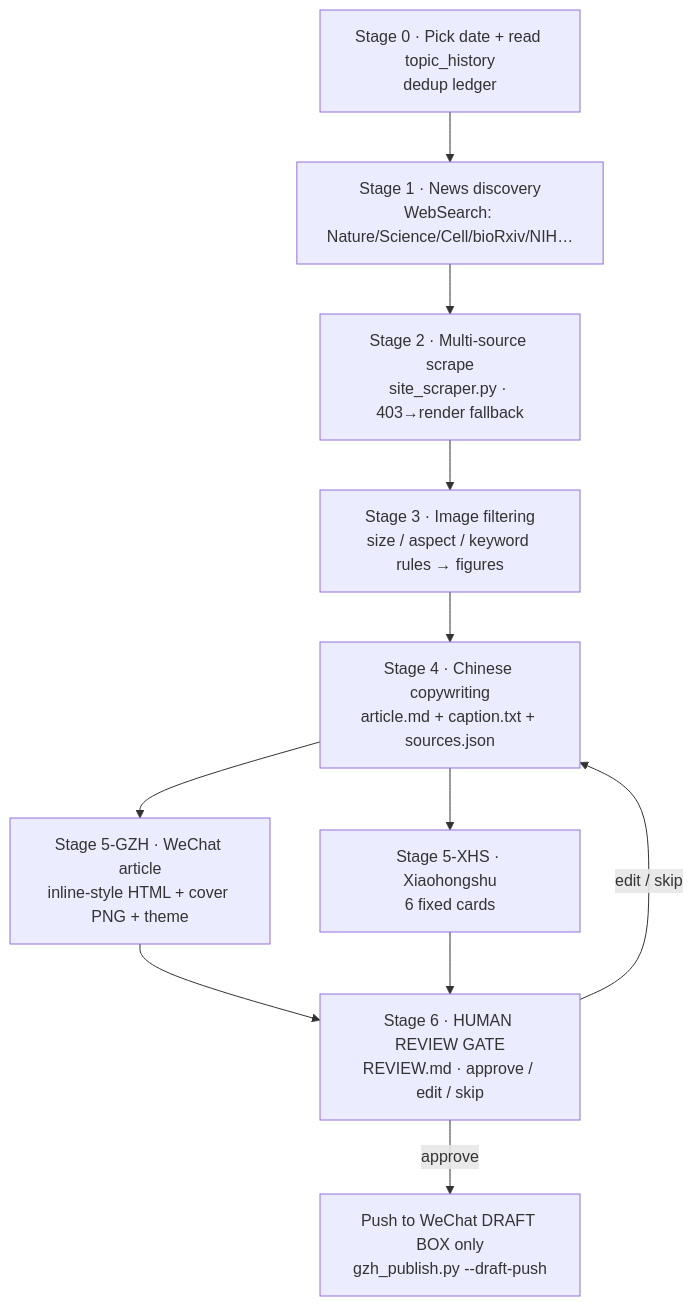
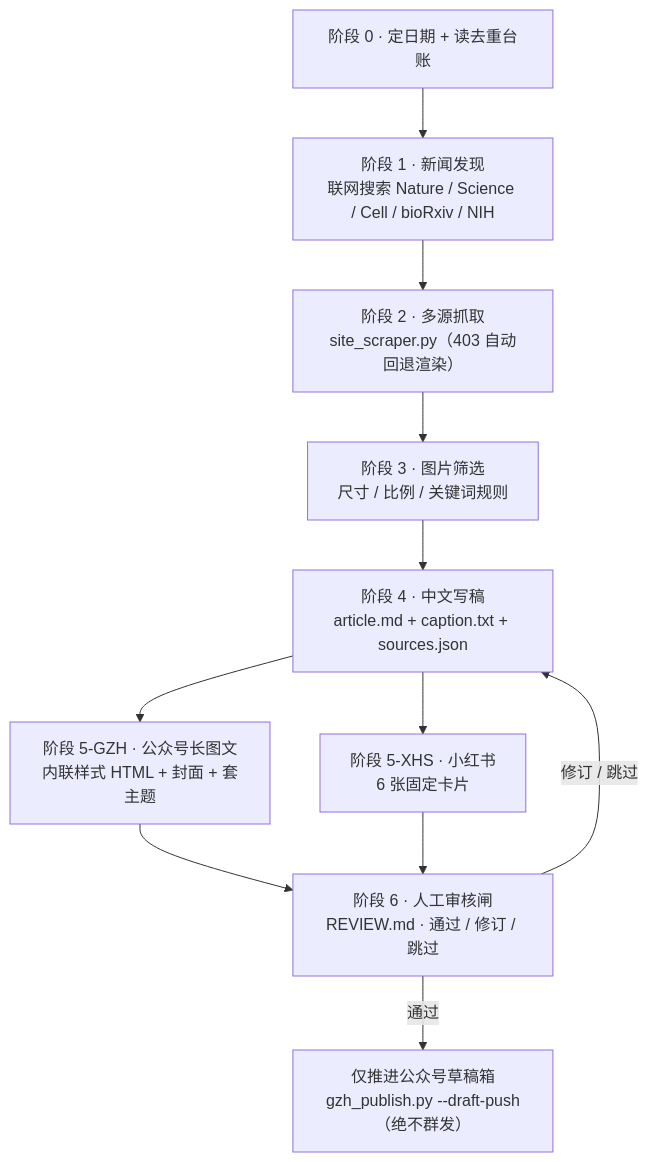
One commit to yetong0516/BioSpark_AI-For-Bios_WeChat-OA-Automation-Pipeline changed the diagram in README.md. Above: the diagram before and after it, drawn with Mermaid. The commit also changed 1 other file, not shown here.

Commit message:
Localize flow diagram to Chinese and quote labels so it renders on GitHub
Unquoted Mermaid node labels contained colons/slashes/parens that break
GitHub's Mermaid renderer. Wrap all labels in quotes and switch the flow
chart to Chinese.

````diff
--- a/README.md
+++ b/README.md
@@ -17,13 +17,13 @@
 ```mermaid
 flowchart TD
-    A[Stage 0 · Pick date + read topic_history<br/>dedup ledger] --> B[Stage 1 · News discovery<br/>WebSearch: Nature/Science/Cell/bioRxiv/NIH…]
-    B --> C[Stage 2 · Multi-source scrape<br/>site_scraper.py · 403→render fallback]
-    C --> D[Stage 3 · Image filtering<br/>size / aspect / keyword rules → figures]
-    D --> E[Stage 4 · Chinese copywriting<br/>article.md + caption.txt + sources.json]
-    E --> F1[Stage 5-GZH · WeChat article<br/>inline-style HTML + cover PNG + theme]
-    E --> F2[Stage 5-XHS · Xiaohongshu<br/>6 fixed cards]
-    F1 --> G[Stage 6 · HUMAN REVIEW GATE<br/>REVIEW.md · approve / edit / skip]
+    A["阶段 0 · 定日期 + 读去重台账"] --> B["阶段 1 · 新闻发现<br/>联网搜索 Nature / Science / Cell / bioRxiv / NIH"]
+    B --> C["阶段 2 · 多源抓取<br/>site_scraper.py（403 自动回退渲染）"]
+    C --> D["阶段 3 · 图片筛选<br/>尺寸 / 比例 / 关键词规则"]
+    D --> E["阶段 4 · 中文写稿<br/>article.md + caption.txt + sources.json"]
+    E --> F1["阶段 5-GZH · 公众号长图文<br/>内联样式 HTML + 封面 + 套主题"]
+    E --> F2["阶段 5-XHS · 小红书<br/>6 张固定卡片"]
+    F1 --> G["阶段 6 · 人工审核闸<br/>REVIEW.md · 通过 / 修订 / 跳过"]
     F2 --> G
-    G -->|approve| H[Push to WeChat DRAFT BOX only<br/>gzh_publish.py --draft-push]
-    G -->|edit / skip| E
+    G -->|通过| H["仅推进公众号草稿箱<br/>gzh_publish.py --draft-push（绝不群发）"]
+    G -->|修订 / 跳过| E
 ```
````
